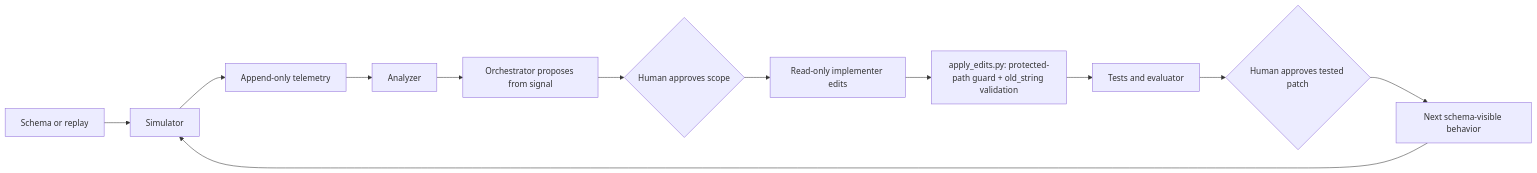
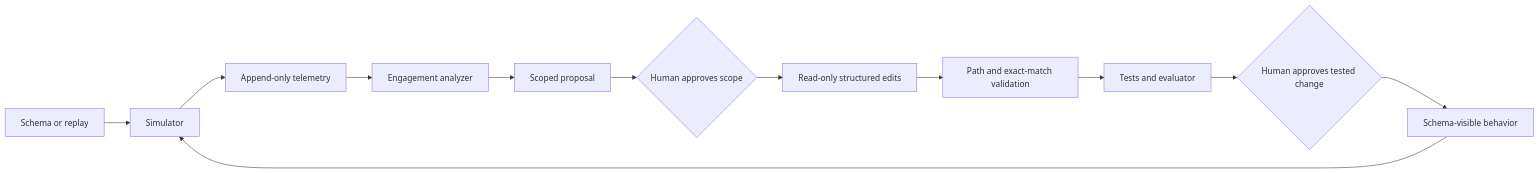
Before and after one commit to rsitaniya/dev-flywheel: the diagram in docs/DELIVERY_SYSTEM.md, drawn with Mermaid. The commit also changed other lines of this file and 18 other files, not shown here.

````diff
--- a/docs/DELIVERY_SYSTEM.md
+++ b/docs/DELIVERY_SYSTEM.md
@@ -18,14 +49,14 @@
 ```mermaid
 flowchart LR
     S[Schema or replay] --> T[Simulator]
     T --> L[Append-only telemetry]
-    L --> A[Analyzer]
-    A --> P[Orchestrator proposes from signal]
+    L --> A[Engagement analyzer]
+    A --> P[Scoped proposal]
     P --> G1{Human approves scope}
-    G1 --> I[Read-only implementer edits]
-    I --> C[apply_edits.py: protected-path guard + old_string validation]
+    G1 --> I[Read-only structured edits]
+    I --> C[Path and exact-match validation]
     C --> V[Tests and evaluator]
-    V --> G2{Human approves tested patch}
-    G2 --> N[Next schema-visible behavior]
+    V --> G2{Human approves tested change}
+    G2 --> N[Schema-visible behavior]
     N --> T
 ```
````
